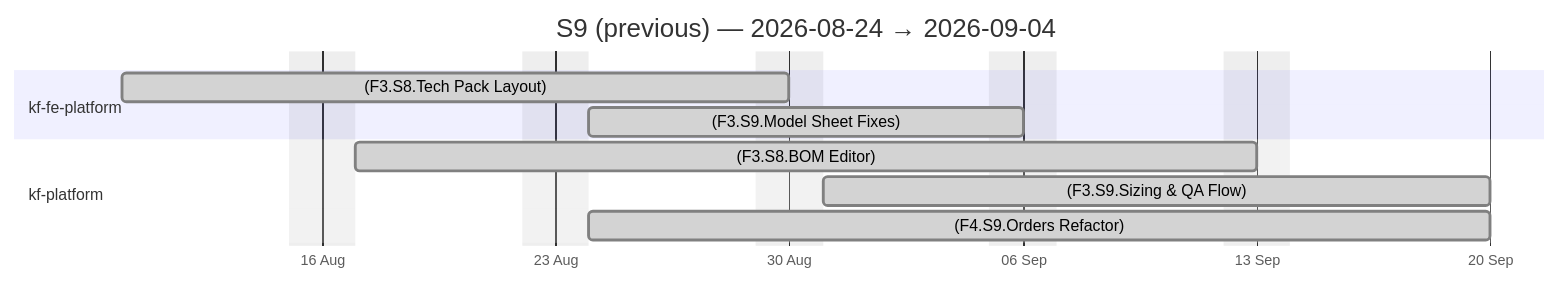
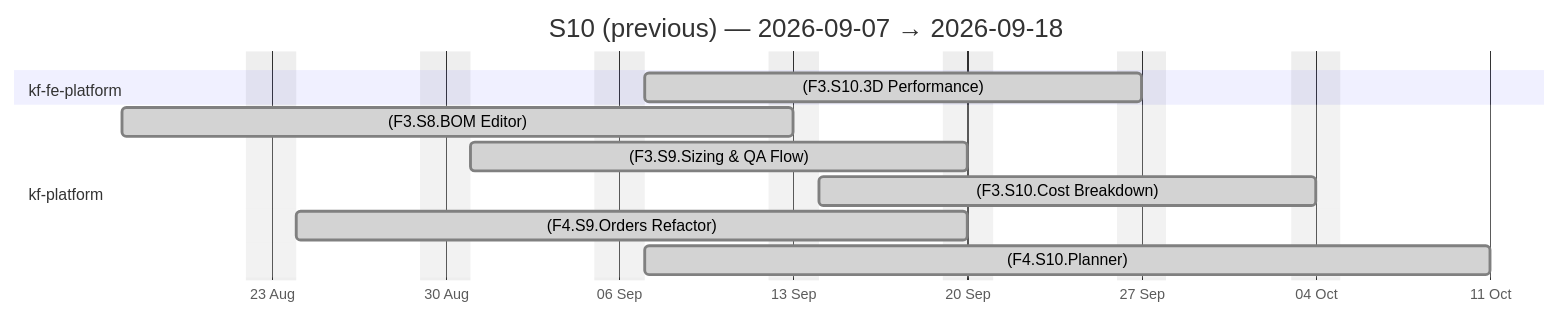
One commit to Katty-Fashion/kf-cpto changed the second of 4 diagrams in docs/agile-sprints.md. Above: the diagram before and after it, drawn with Mermaid. The commit also changed other lines of this file and 15 other files, not shown here.

````diff
--- a/docs/agile-sprints.md
+++ b/docs/agile-sprints.md
@@ -51,15 +51,16 @@
 ```mermaid
 gantt
-    title S9 (previous) — 2026-08-24 → 2026-09-04
+    title S10 (previous) — 2026-09-07 → 2026-09-18
     dateFormat YYYY-MM-DD
     axisFormat %d %b
     excludes weekends
 
     section kf-fe-platform
-    (F3.S8.Tech Pack Layout) :done, 2026-08-10, 2026-08-30
-    (F3.S9.Model Sheet Fixes) :done, 2026-08-24, 2026-09-06
+    (F3.S10.3D Performance) :done, 2026-09-07, 2026-09-27
     section kf-platform
     (F3.S8.BOM Editor) :done, 2026-08-17, 2026-09-13
     (F3.S9.Sizing & QA Flow) :done, 2026-08-31, 2026-09-20
+    (F3.S10.Cost Breakdown) :done, 2026-09-14, 2026-10-04
     (F4.S9.Orders Refactor) :done, 2026-08-24, 2026-09-20
+    (F4.S10.Planner) :done, 2026-09-07, 2026-10-11
 ```
````
